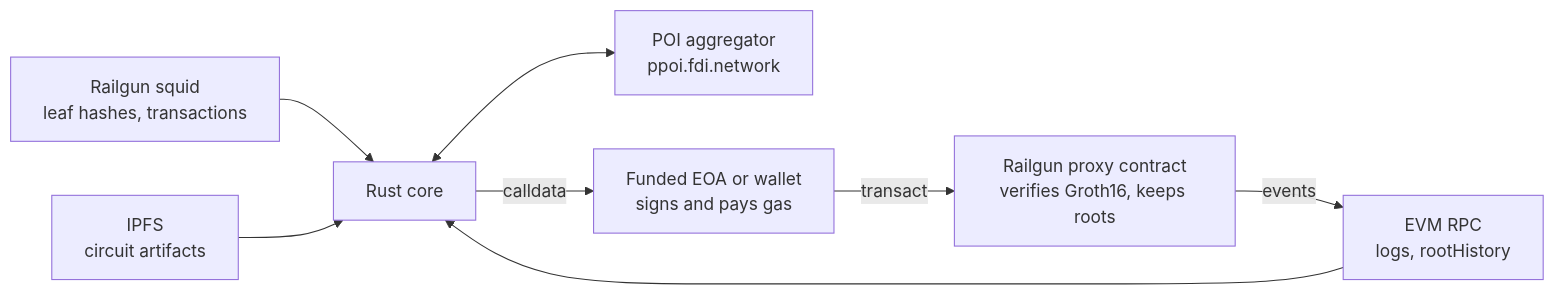
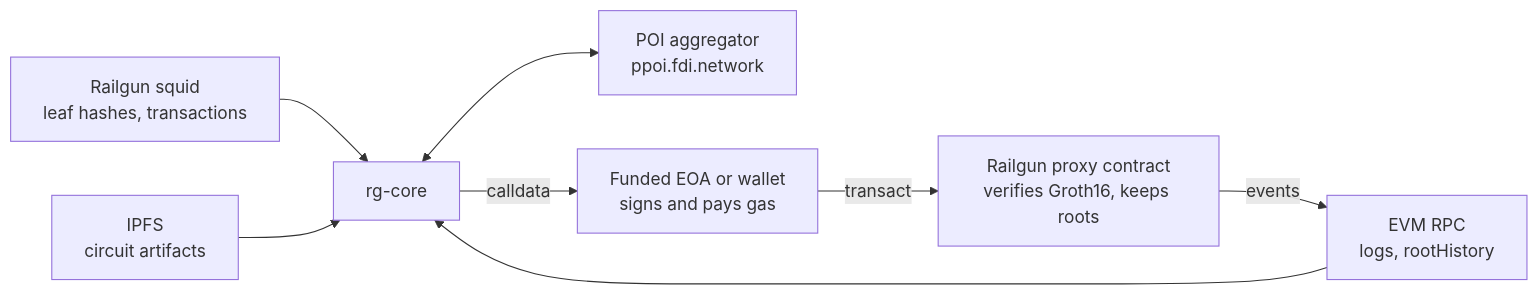
The second of 5 diagrams in docs/architecture.md (hewigovens/railgun.rs), drawn with Mermaid before and after one commit. The commit also changed other lines of this file and 19 other files, not shown here.

````diff
--- a/docs/architecture.md
+++ b/docs/architecture.md
@@ -48,18 +54,18 @@
 ```mermaid
 flowchart LR
-    core["Rust core"]
+    core["rg-core"]
     rpc["EVM RPC<br/>logs, rootHistory"]
     squid["Railgun squid<br/>leaf hashes, transactions"]
     proxy["Railgun proxy contract<br/>verifies Groth16, keeps roots"]
     node["POI aggregator<br/>ppoi.fdi.network"]
     ipfs["IPFS<br/>circuit artifacts"]
     eoa["Funded EOA or wallet<br/>signs and pays gas"]
 
     rpc --> core
     squid --> core
     ipfs --> core
     core <--> node
     core -->|calldata| eoa
     eoa -->|transact| proxy
     proxy -->|events| rpc
 ```
````
